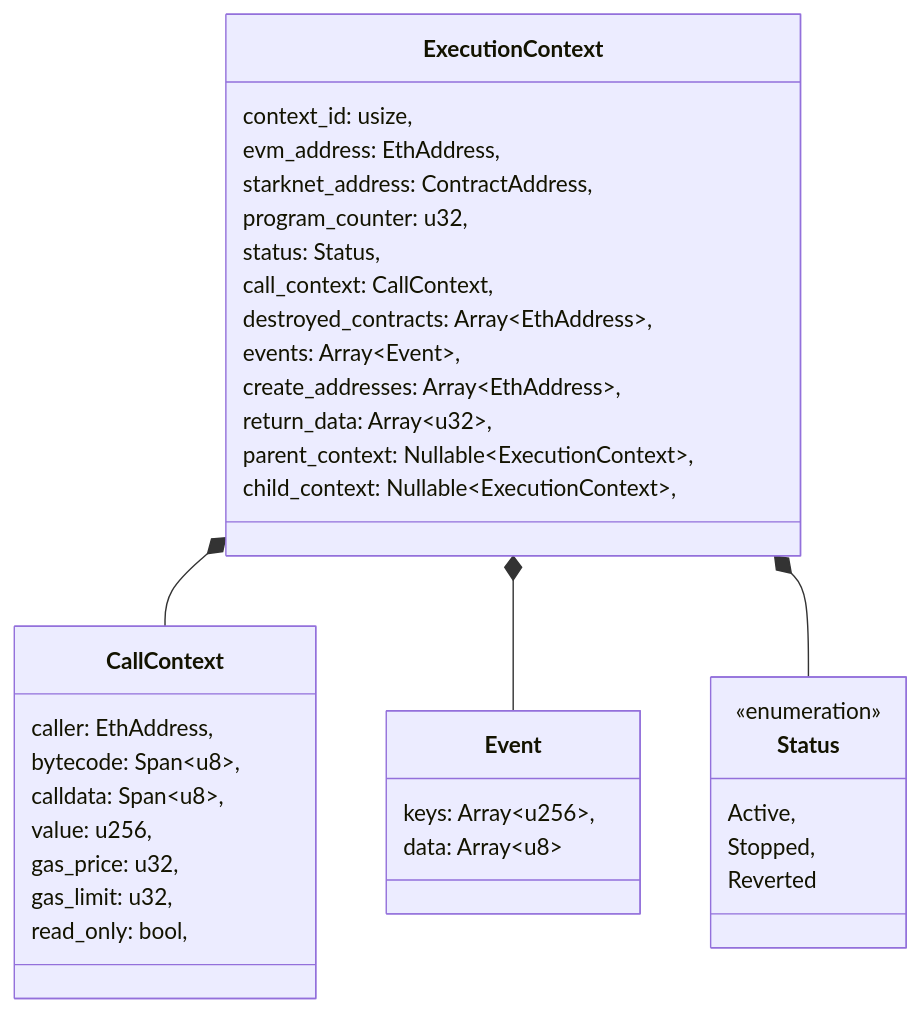
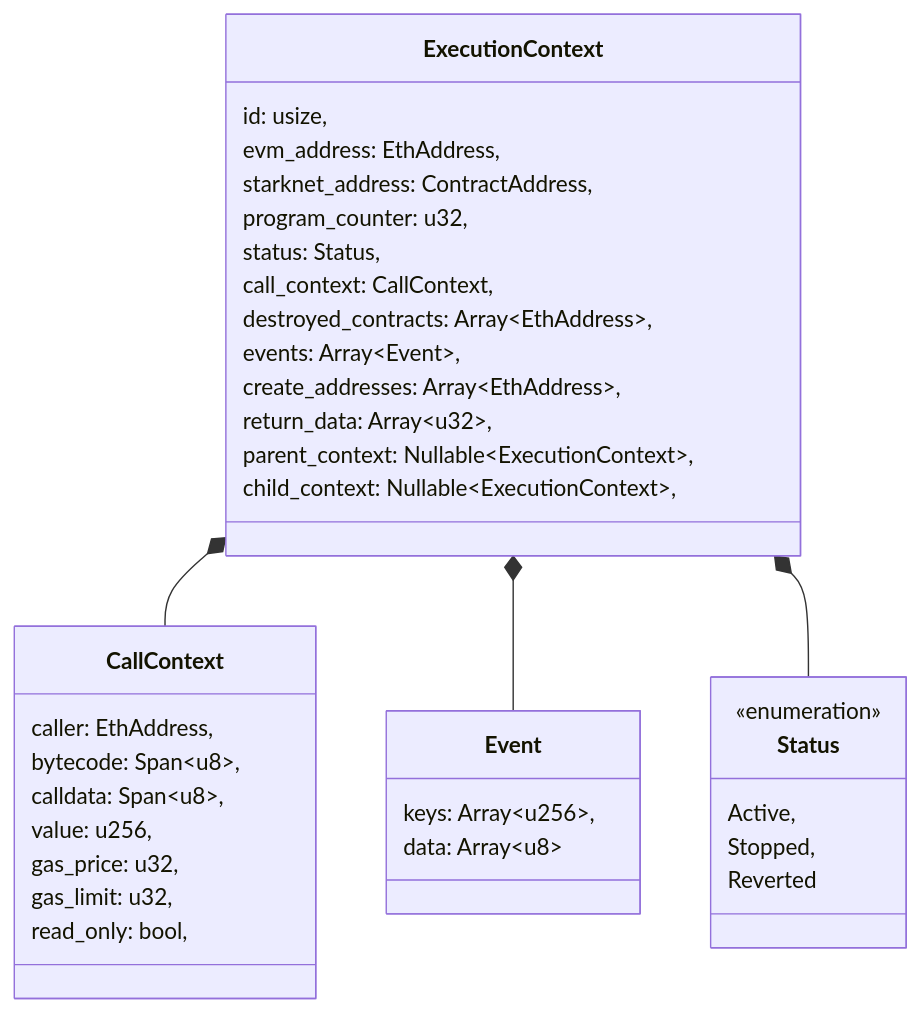
The first of 2 diagrams in docs/general/execution_context.md (kkrt-labs/kakarot-ssj), drawn with Mermaid before and after one commit. The commit also changed 3 other files, not shown here.

````diff
--- a/docs/general/execution_context.md
+++ b/docs/general/execution_context.md
@@ -16,43 +16,43 @@
 ```mermaid
 classDiagram
     class ExecutionContext{
-        context_id: usize,
+        id: usize,
         evm_address: EthAddress,
         starknet_address: ContractAddress,
         program_counter: u32,
         status: Status,
         call_context: CallContext,
         destroyed_contracts: Array~EthAddress~,
         events: Array~Event~,
         create_addresses: Array~EthAddress~,
         return_data: Array~u32~,
         parent_context: Nullable~ExecutionContext~,
         child_context: Nullable~ExecutionContext~,
     }
 
     class CallContext{
         caller: EthAddress,
         bytecode: Span~u8~,
         calldata: Span~u8~,
         value: u256,
         gas_price: u32,
         gas_limit: u32,
         read_only: bool,
     }
 
     class Event{
         keys: Array~u256~,
         data: Array~u8~
     }
 
     class Status{
     <<enumeration>>
       Active,
       Stopped,
       Reverted
     }
 
     ExecutionContext *-- CallContext
     ExecutionContext *-- Event
     ExecutionContext *-- Status
 ```
````
